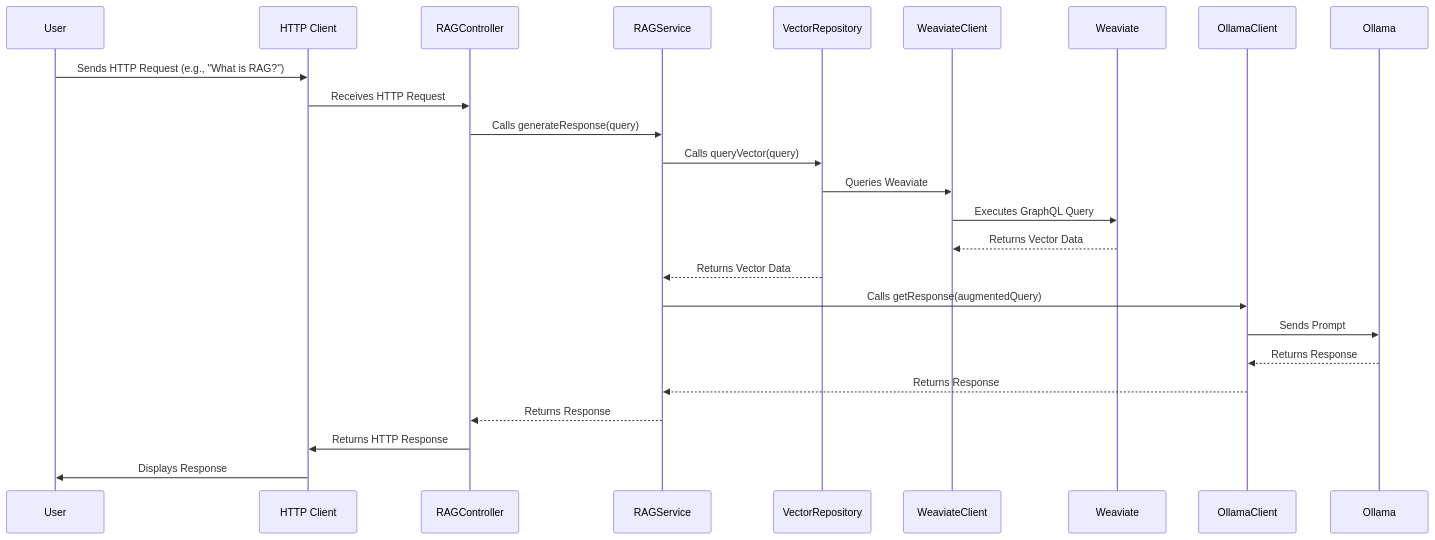
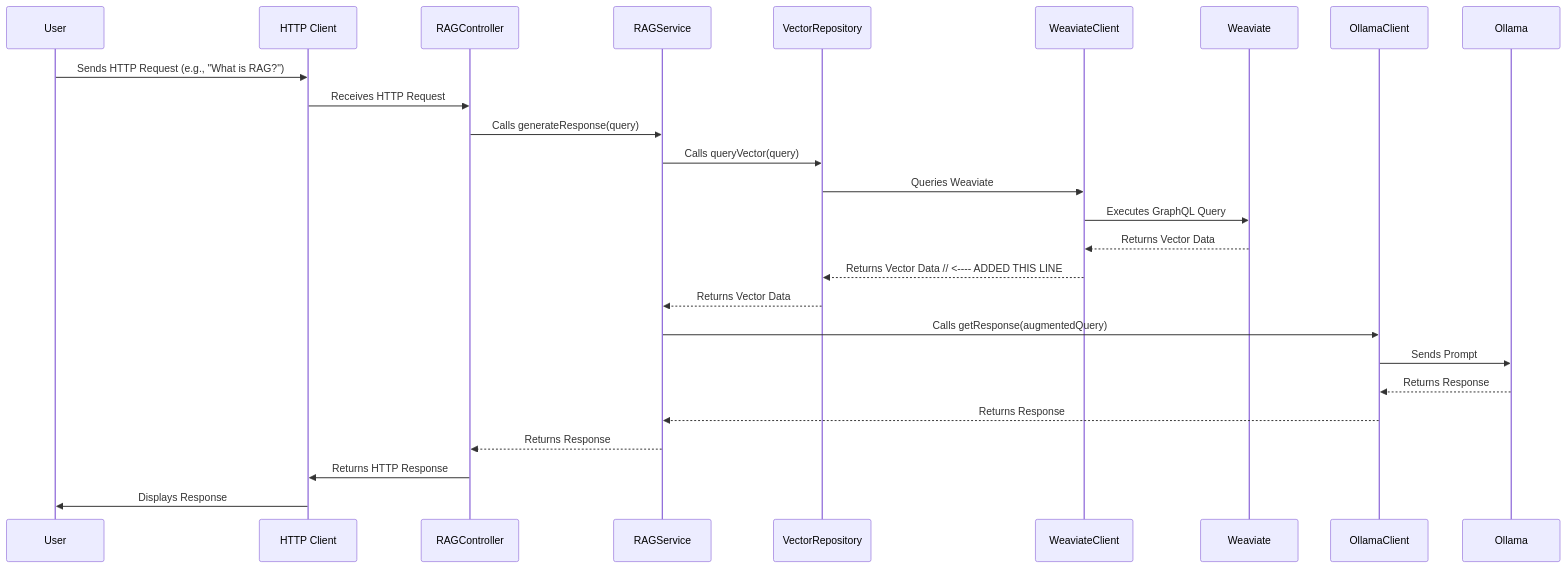
The diagram in README.md (jeff-gitcode/rag-nodejs-api), drawn with Mermaid before and after one commit.

Commit message:
updated diagram in readme

````diff
--- a/README.md
+++ b/README.md
@@ -10,28 +10,29 @@
 ```mermaid
 sequenceDiagram
     participant User
     participant HTTP Client
     participant RAGController
     participant RAGService
     participant VectorRepository
     participant WeaviateClient
     participant Weaviate
     participant OllamaClient
     participant Ollama
 
     User->>HTTP Client: Sends HTTP Request (e.g., "What is RAG?")
     HTTP Client->>RAGController: Receives HTTP Request
     RAGController->>RAGService: Calls generateResponse(query)
     RAGService->>VectorRepository: Calls queryVector(query)
     VectorRepository->>WeaviateClient: Queries Weaviate
     WeaviateClient->>Weaviate: Executes GraphQL Query
     Weaviate-->>WeaviateClient: Returns Vector Data
+    WeaviateClient-->>VectorRepository: Returns Vector Data  // <---- ADDED THIS LINE
     VectorRepository-->>RAGService: Returns Vector Data
     RAGService->>OllamaClient: Calls getResponse(augmentedQuery)
     OllamaClient->>Ollama: Sends Prompt
     Ollama-->>OllamaClient: Returns Response
     OllamaClient-->>RAGService: Returns Response
     RAGService-->>RAGController: Returns Response
     RAGController->>HTTP Client: Returns HTTP Response
     HTTP Client->>User: Displays Response
 ```
````
